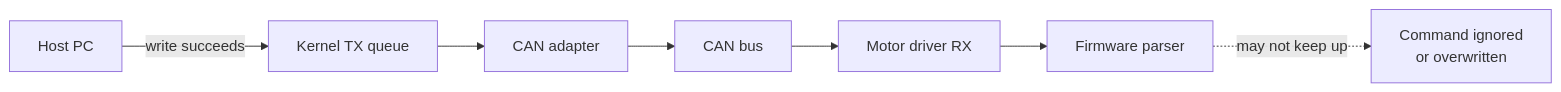
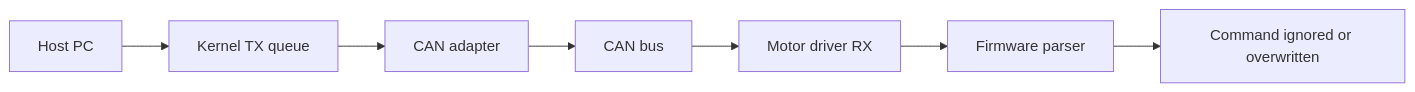
The third of 6 diagrams in _posts/CAN/2024-09-02-roscan2.md (dokkev/dokkev.github.io), drawn with Mermaid before and after one commit. The commit also changed other lines of this file, not shown here.

````diff
--- a/_posts/CAN/2024-09-02-roscan2.md
+++ b/_posts/CAN/2024-09-02-roscan2.md
@@ -231,10 +233,10 @@
 ```mermaid
 flowchart LR
-    Host[Host PC] -->|write succeeds| Kernel[Kernel TX queue]
-    Kernel --> Adapter[CAN adapter]
-    Adapter --> Bus[CAN bus]
-    Bus --> Driver[Motor driver RX]
-    Driver --> Firmware[Firmware parser]
+    A["Host PC"] --> B["Kernel TX queue"]
+    B --> C["CAN adapter"]
+    C --> D["CAN bus"]
+    D --> E["Motor driver RX"]
+    E --> F["Firmware parser"]
 
-    Firmware -. may not keep up .-> Drop[Command ignored<br/>or overwritten]
+    F --> G["Command ignored or overwritten"]
 ```
````
